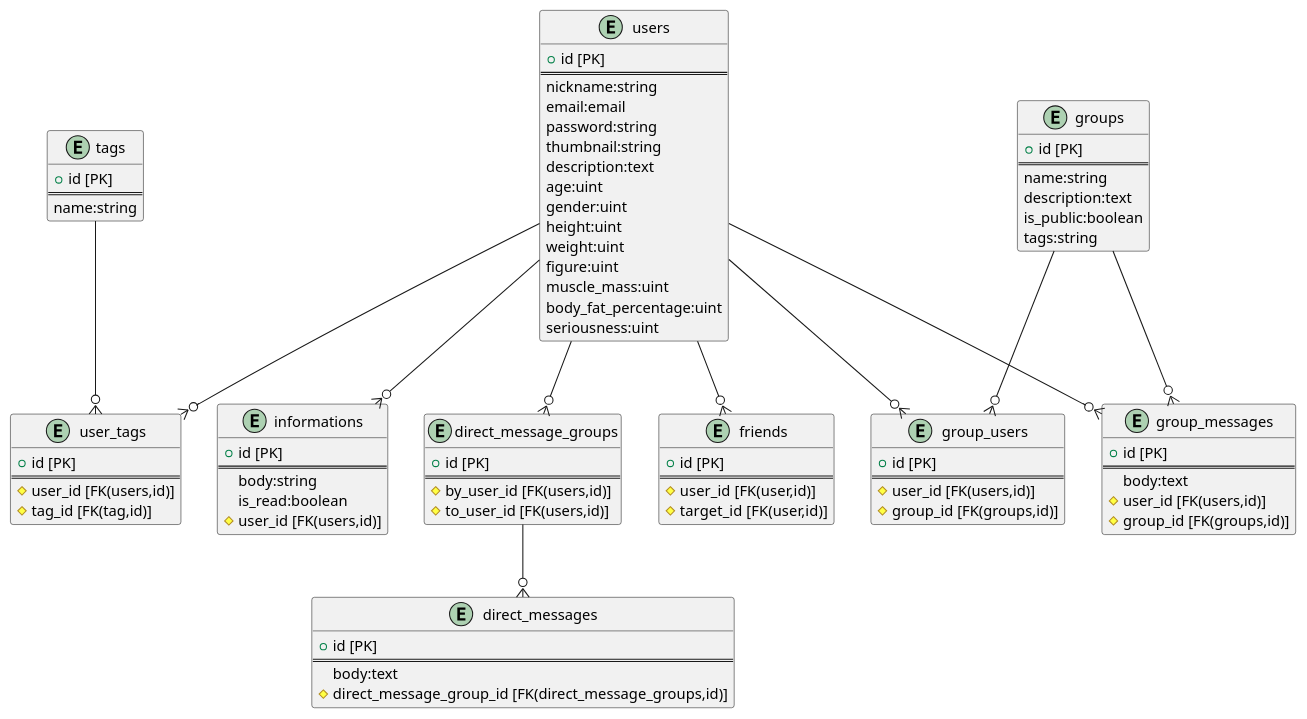
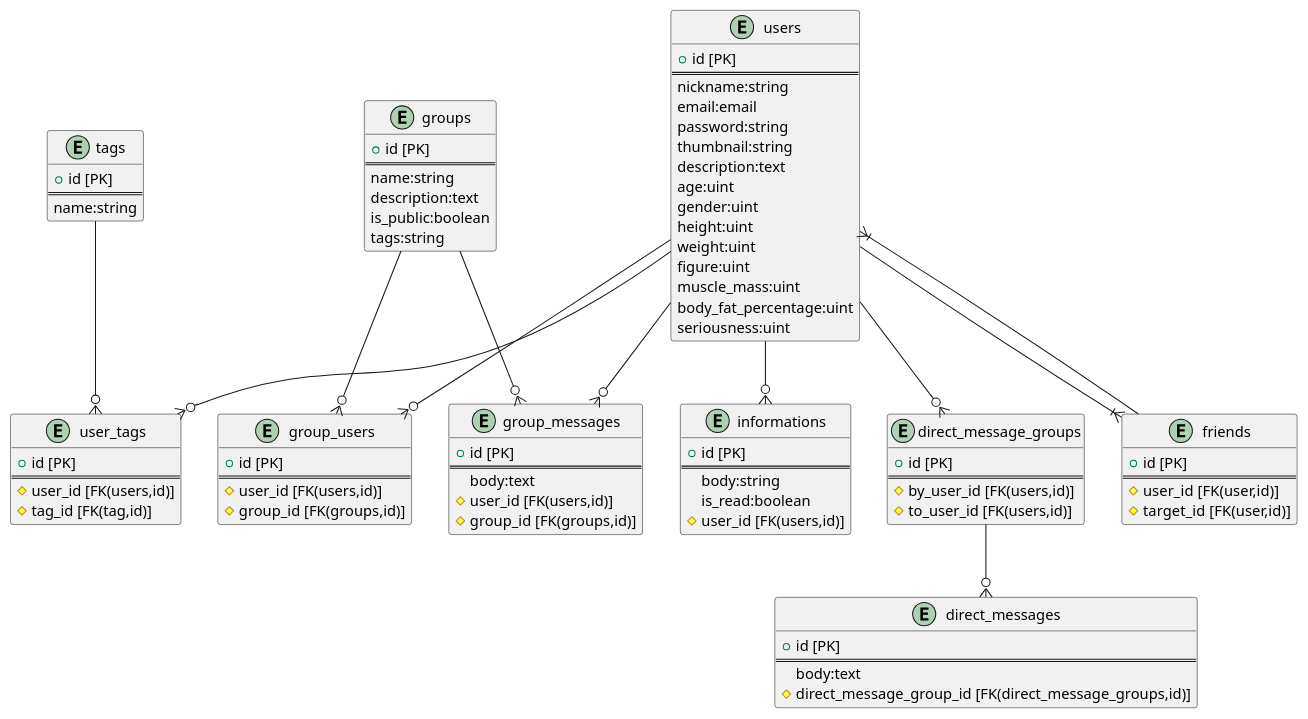
Before and after one commit to NAKKA-K/musclers: the diagram in docs/ER.md, drawn with PlantUML.

Commit message:
Add relation

````diff
--- a/docs/ER.md
+++ b/docs/ER.md
@@ -96,7 +96,8 @@
     # user_id [FK(user,id)]
     # target_id [FK(user,id)]
 }
-users --o{ friends
+users --|{ friends
+users }|-- friends
 
 @enduml
 ```
````
